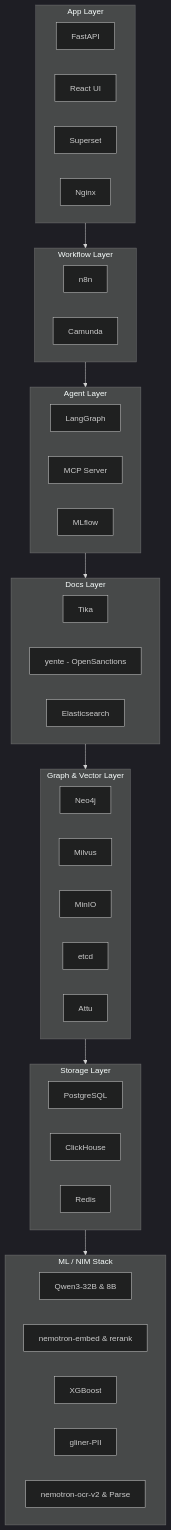
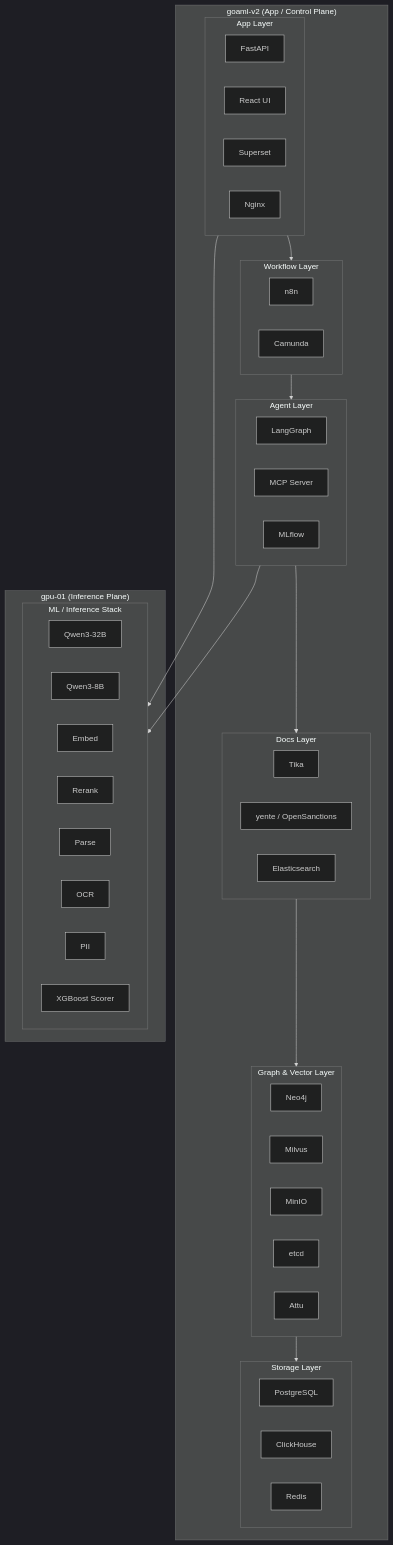
One commit to zeshaq/goaml-v2 changed the first of 5 diagrams in goAML-V2-PROJECT-OVERVIEW.md. Above: the diagram before and after it, drawn with Mermaid (dark theme). The commit also changed other lines of this file and 101 other files, not shown here.

````diff
--- a/goAML-V2-PROJECT-OVERVIEW.md
+++ b/goAML-V2-PROJECT-OVERVIEW.md
@@ -67,55 +87,63 @@
 ```mermaid
 graph TD
-    subgraph L1 [App Layer]
-        app1[FastAPI]
-        app2[React UI]
-        app3[Superset]
-        app4[Nginx]
+    subgraph APP ["goaml-v2 (App / Control Plane)"]
+        subgraph L1 [App Layer]
+            app1[FastAPI]
+            app2[React UI]
+            app3[Superset]
+            app4[Nginx]
+        end
+
+        subgraph L2 [Workflow Layer]
+            wf1[n8n]
+            wf2[Camunda]
+        end
+
+        subgraph L3 [Agent Layer]
+            ag1[LangGraph]
+            ag2[MCP Server]
+            ag3[MLflow]
+        end
+
+        subgraph L4 [Docs Layer]
+            dc1[Tika]
+            dc2["yente / OpenSanctions"]
+            dc3[Elasticsearch]
+        end
+
+        subgraph L5 [Graph & Vector Layer]
+            gv1[Neo4j]
+            gv2[Milvus]
+            gv3[MinIO]
+            gv4[etcd]
+            gv5[Attu]
+        end
+
+        subgraph L6 [Storage Layer]
+            st1[PostgreSQL]
+            st2[ClickHouse]
+            st3[Redis]
+        end
     end
-    
-    subgraph L2 [Workflow Layer]
-        wf1[n8n]
-        wf2[Camunda]
+
+    subgraph GPU ["gpu-01 (Inference Plane)"]
+        subgraph L7 [ML / Inference Stack]
+            ml1[Qwen3-32B]
+            ml2[Qwen3-8B]
+            ml3[Embed]
+            ml4[Rerank]
+            ml5[Parse]
+            ml6[OCR]
+            ml7[PII]
+            ml8[XGBoost Scorer]
+        end
     end
-    
-    subgraph L3 [Agent Layer]
-        ag1[LangGraph]
-        ag2[MCP Server]
-        ag3[MLflow]
-    end
-    
-    subgraph L4 [Docs Layer]
-        dc1[Tika]
-        dc2[yente - OpenSanctions]
-        dc3[Elasticsearch]
-    end
-    
-    subgraph L5 [Graph & Vector Layer]
-        gv1[Neo4j]
-        gv2[Milvus]
-        gv3[MinIO]
-        gv4[etcd]
-        gv5[Attu]
-    end
-    
-    subgraph L6 [Storage Layer]
-        st1[PostgreSQL]
-        st2[ClickHouse]
-        st3[Redis]
-    end
-    
-    subgraph L7 [ML / NIM Stack]
-        ml1[Qwen3-32B & 8B]
-        ml2[nemotron-embed & rerank]
-        ml3[XGBoost]
-        ml4[gliner-PII]
-        ml5[nemotron-ocr-v2 & Parse]
-    end
-    
+
     L1 --> L2
     L2 --> L3
     L3 --> L4
     L4 --> L5
     L5 --> L6
-    L6 --> L7
+    L1 --> L7
+    L3 --> L7
 ```
````
